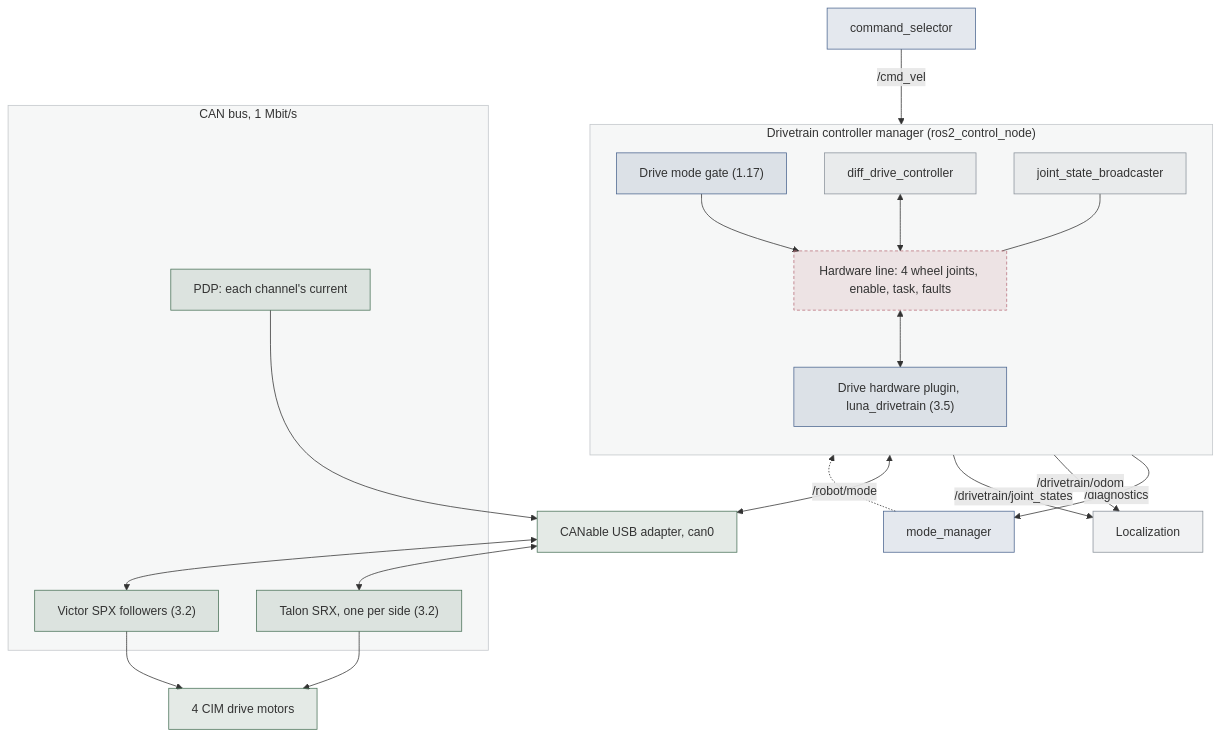
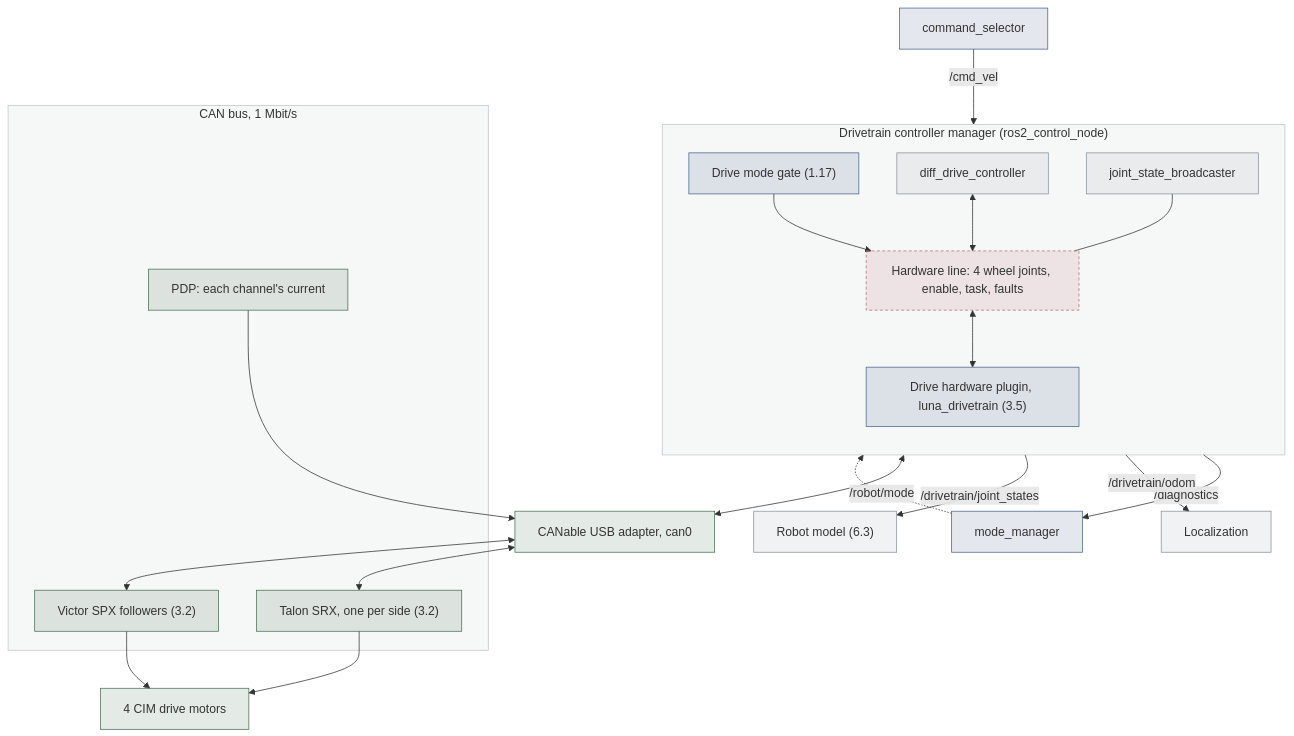
Before and after one commit to STAR-Robotics-Team/starrt-luna-software: the diagram in docs/design/drivetrain.md, drawn with Mermaid. The commit also changed 10 other files, not shown here.

First line of the commit message:
Link every design doc now that all are written, and tidy their diagrams

````diff
--- a/docs/design/drivetrain.md
+++ b/docs/design/drivetrain.md
@@ -270,51 +270,52 @@
 ```mermaid
 ---
 config:
   flowchart:
     wrappingWidth: 220
 ---
 flowchart TB
   sel["command_selector"]
   mm["mode_manager"]
   loc["Localization"]
+  rm["Robot model (6.3)"]
   subgraph cm["Drivetrain controller manager (ros2_control_node)"]
     direction TB
     gate["Drive mode gate (1.17)"]
     ddc["diff_drive_controller"]
     jsb["joint_state_broadcaster"]
     line["Hardware line: 4 wheel joints, enable, task, faults"]
     plugin["Drive hardware plugin, luna_drivetrain (3.5)"]
     gate --> line
     ddc <--> line
     jsb --- line
     line <--> plugin
   end
   adapter["CANable USB adapter, can0"]
   subgraph can["CAN bus, 1 Mbit/s"]
     talons["Talon SRX, one per side (3.2)"]
     victors["Victor SPX followers (3.2)"]
     pdp["PDP: each channel's current"]
   end
   motors["4 CIM drive motors"]
   sel -->|"/cmd_vel"| ddc
   mm -.->|"/robot/mode"| gate
   gate -->|"/diagnostics"| mm
   ddc -->|"/drivetrain/odom"| loc
-  jsb -->|"/drivetrain/joint_states"| loc
+  jsb -->|"/drivetrain/joint_states"| rm
   plugin <--> adapter
   adapter <--> talons
   adapter <--> victors
   pdp --> adapter
   talons --> motors
   victors --> motors
   classDef ours fill:#4c669026,stroke:#4c6690
   classDef ros fill:#8b939c1f,stroke:#8b939c
   classDef hw fill:#4a725926,stroke:#4a7259
   classDef hwline fill:#b9707c26,stroke:#b9707c,stroke-dasharray:4 3
   class sel,mm,gate,plugin ours
-  class ddc,jsb,loc ros
+  class ddc,jsb,loc,rm ros
   class adapter,talons,victors,pdp,motors hw
   class line hwline
   style cm fill:#8b939c14,stroke:#8b939c80
   style can fill:#8b939c14,stroke:#8b939c80
 ```
````
